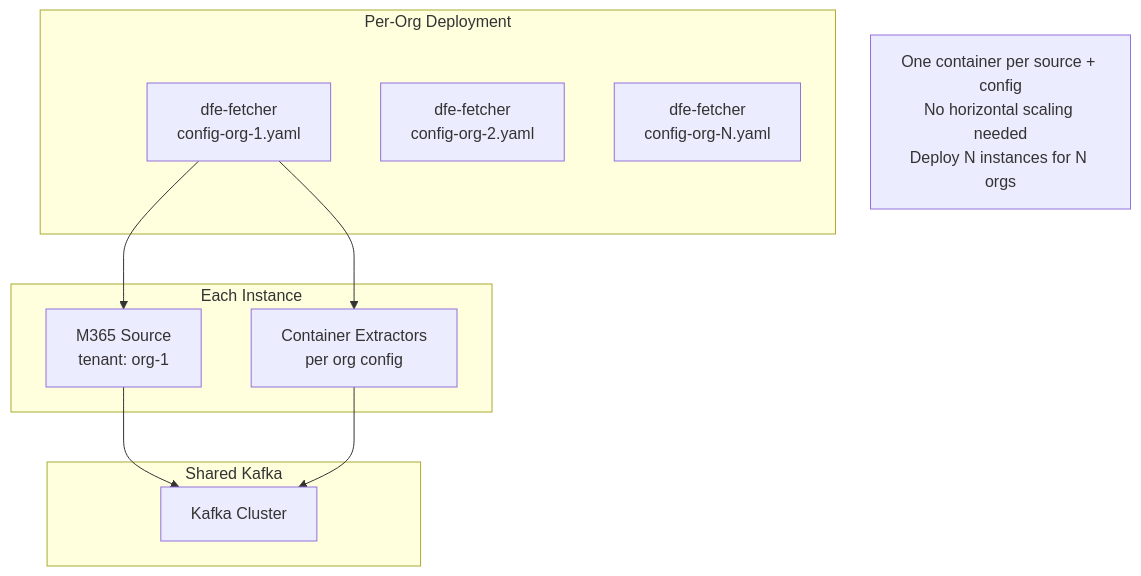
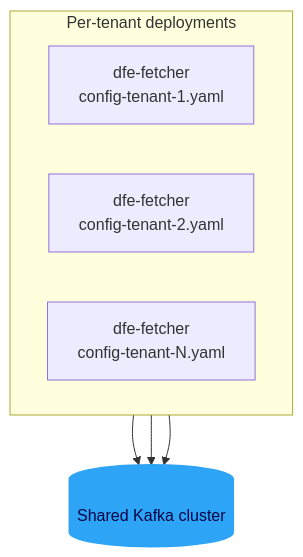
Before and after one commit to hyperi-io/dfe-fetcher: the eighth of 8 diagrams in docs/DESIGN.md, drawn with Mermaid. The commit also changed other lines of this file and 265 other files, not shown here.

First line of the commit message:
fix(sources): run every source on one generic framework

````diff
--- a/docs/DESIGN.md
+++ b/docs/DESIGN.md
@@ -216,25 +395,16 @@
 ```mermaid
-graph TB
-    subgraph "Per-Org Deployment"
-        F1[dfe-fetcher<br>config-org-1.yaml]
-        F2[dfe-fetcher<br>config-org-2.yaml]
-        FN[dfe-fetcher<br>config-org-N.yaml]
+flowchart TB
+    subgraph "Per-tenant deployments"
+        direction LR
+        F1[dfe-fetcher<br>config-tenant-1.yaml]
+        F2[dfe-fetcher<br>config-tenant-2.yaml]
+        FN[dfe-fetcher<br>config-tenant-N.yaml]
     end
+    K[(Shared Kafka cluster)]
+    F1 --> K
+    F2 --> K
+    FN --> K
 
-    subgraph "Each Instance"
-        S1[M365 Source<br>tenant: org-1]
-        S2[Container Extractors<br>per org config]
-    end
-
-    F1 --> S1
-    F1 --> S2
-
-    subgraph "Shared Kafka"
-        K[Kafka Cluster]
-    end
-
-    S1 --> K
-    S2 --> K
-
-    Note1[One container per source + config<br>No horizontal scaling needed<br>Deploy N instances for N orgs]
+    classDef store fill:#2EA4F6,stroke:#2EA4F6,stroke-width:2px,color:#000647
+    class K store
 ```
````
